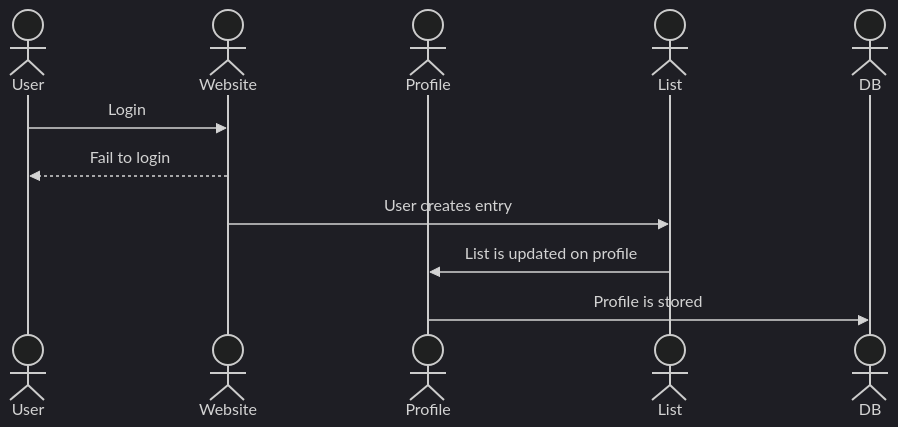
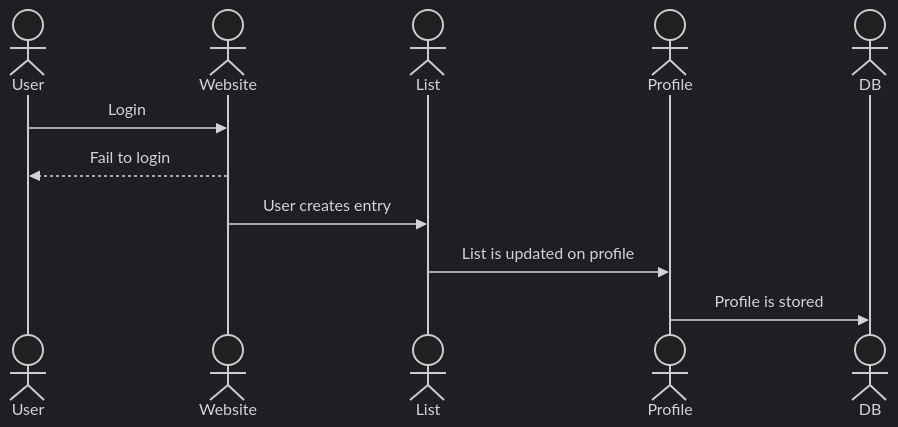
One commit to wonderbread678/startup changed the diagram in README.md. Above: the diagram before and after it, drawn with Mermaid (dark theme). The commit also changed other lines of this file, not shown here.

Commit message:
testing sequence diagram

````diff
--- a/README.md
+++ b/README.md
@@ -37,17 +37,17 @@
 ```mermaid
 sequenceDiagram
     actor User
     actor Website
+    actor List
     actor Profile
-    actor List
     actor DB
 
 
     User->>Website: Login
     Website-->>User: Fail to login
     Website->>List: User creates entry
     List->>Profile: List is updated on profile
     Profile->>DB: Profile is stored
 
     
 ```
````
